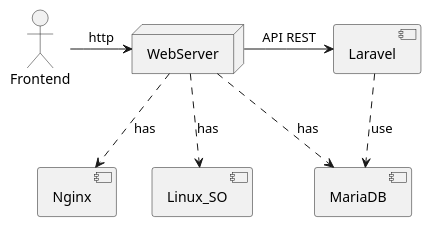
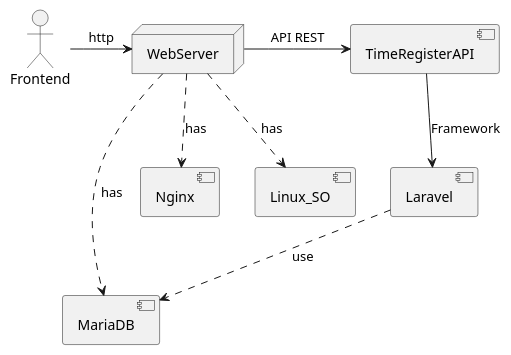
One commit to EscuelaIt/time-register changed the diagram in docs/src/deploy-diagram.plantuml. Above: the diagram before and after it, drawn with PlantUML. The commit also changed other lines of this file and 1 other file, not shown here.

Commit message:
Actualizar diagrama de despliegue

```diff
--- a/docs/src/deploy-diagram.plantuml
+++ b/docs/src/deploy-diagram.plantuml
@@ -1,16 +1,18 @@
 @startuml
 
 Actor Frontend
 node WebServer
+component TimeRegisterAPI
 component Laravel
 component MariaDB
 component Nginx
 component Linux_SO
 
 Frontend -> WebServer : http
-WebServer -right-> Laravel : API REST
+WebServer -right-> TimeRegisterAPI : API REST
+TimeRegisterAPI -down-> Laravel : Framework
 Laravel ..> MariaDB : use
 WebServer .down.> Nginx : has
 WebServer .down.> Linux_SO : has
 WebServer .down.> MariaDB : has
 @enduml
```
